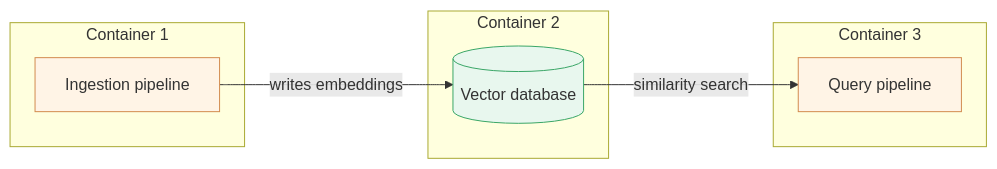
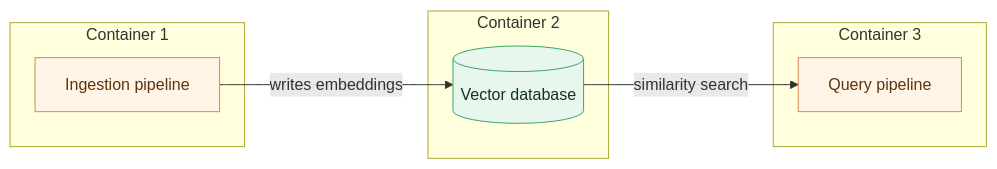
One commit to LinkedInLearning/docker-for-local-ai-app-development-build-lightweight-containerized-ai-applications-11189001 changed the third of 3 diagrams in chapter_1/l4/README.md. Above: the diagram before and after it, drawn with Mermaid. The commit also changed other lines of this file and 25 other files, not shown here.

````diff
--- a/chapter_1/l4/README.md
+++ b/chapter_1/l4/README.md
@@ -141,21 +141,21 @@
 ```mermaid
 flowchart LR
     subgraph C1["Container 1"]
         I[Ingestion pipeline]
     end
     subgraph C2["Container 2"]
         V[(Vector database)]
     end
     subgraph C3["Container 3"]
         Q[Query pipeline]
     end
 
     I -- writes embeddings --> V
     V -- similarity search --> Q
 
-    classDef action fill:#fff4e6,stroke:#d28b4f,stroke-width:1px;
-    classDef store  fill:#e8f7ee,stroke:#3aa667,stroke-width:1px;
+    classDef action fill:#fff4e6,stroke:#d28b4f,stroke-width:1px,color:#5c3410;
+    classDef store  fill:#e8f7ee,stroke:#3aa667,stroke-width:1px,color:#12341f;
 
     class I,Q action
     class V store
 ```
````
